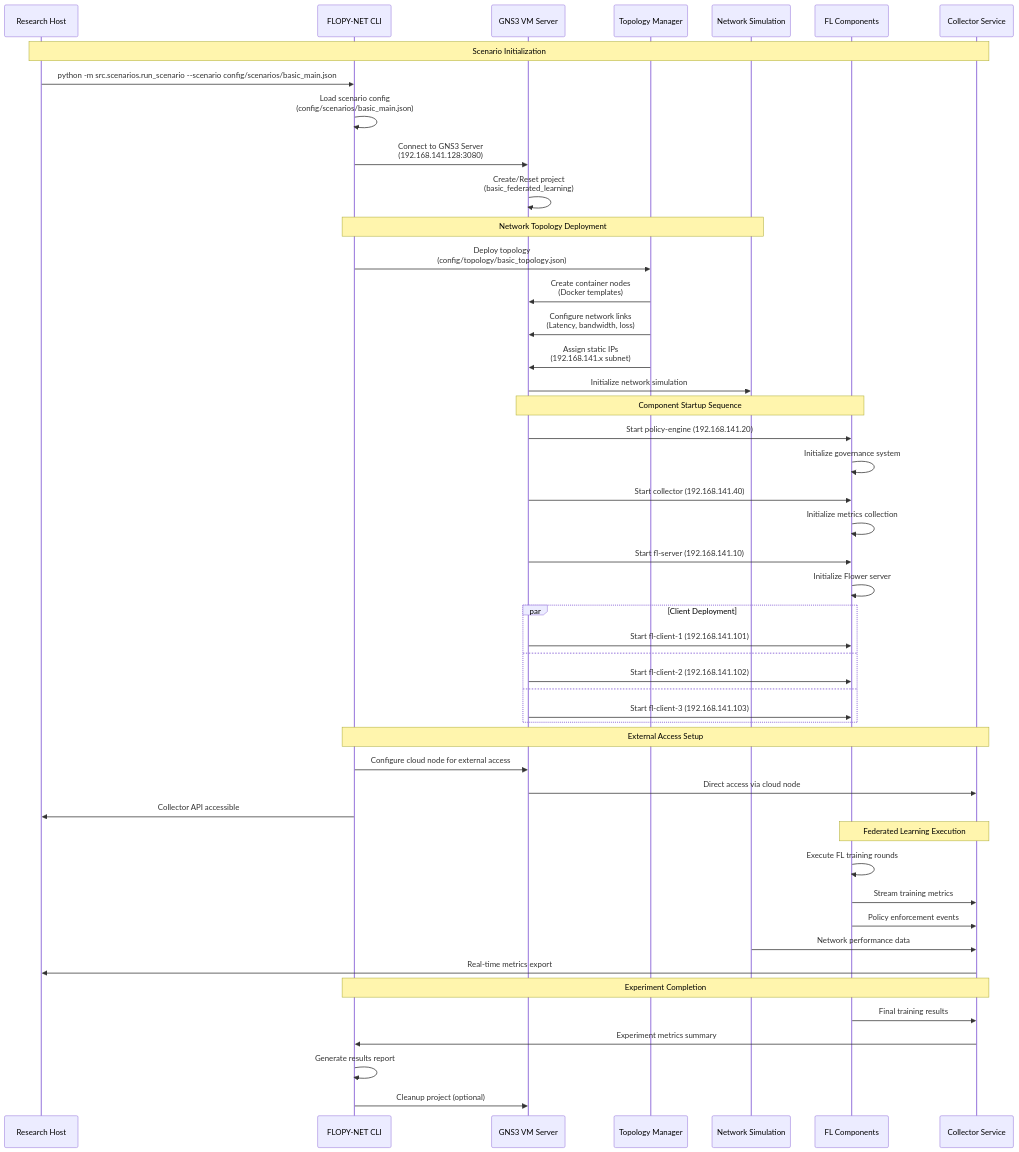
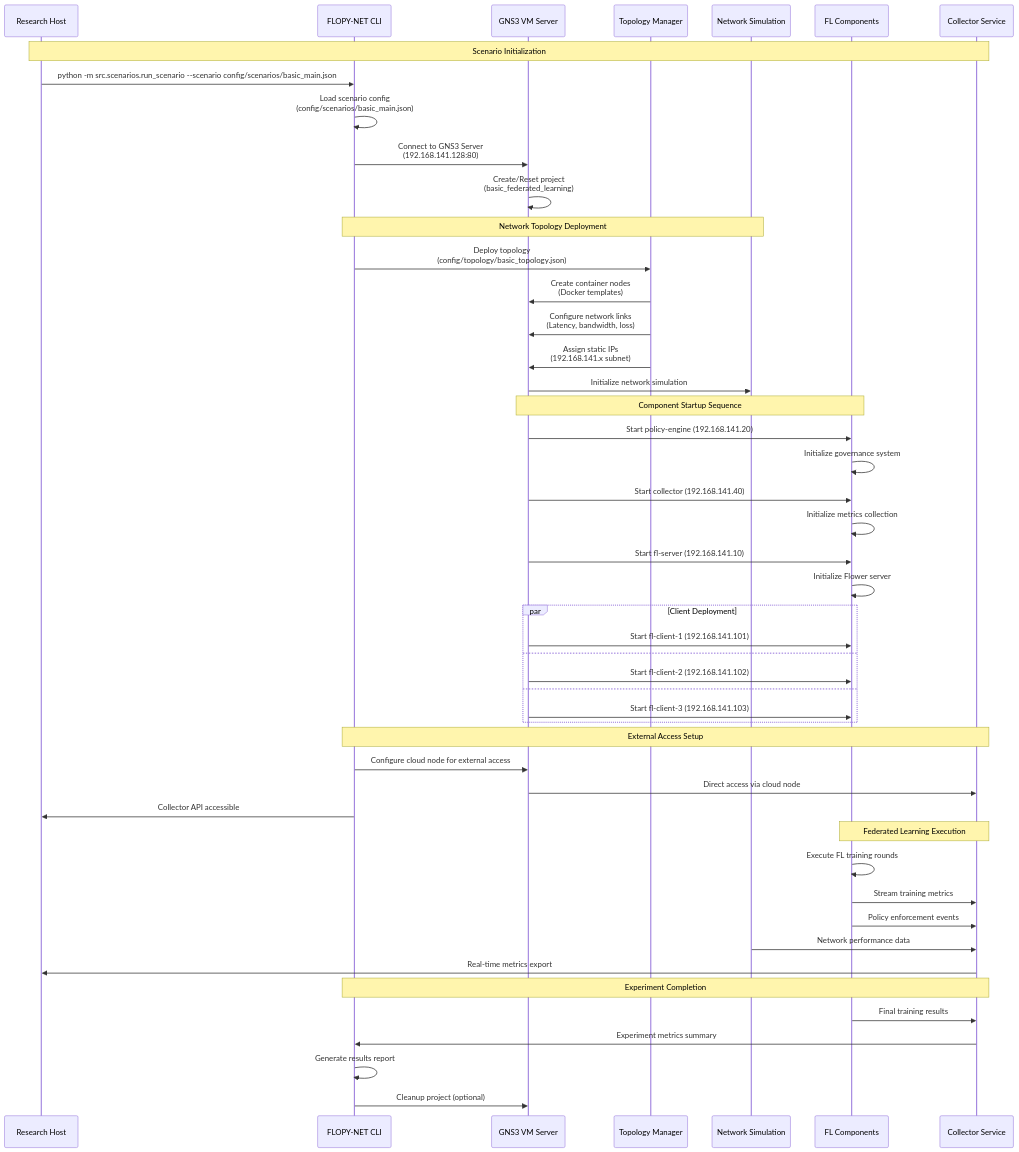
One commit to abdulmeLINK/flopy-net changed the second of 2 diagrams in docs/docs/intro.md. Above: the diagram before and after it, drawn with Mermaid. The commit also changed 73 other files, not shown here.

````diff
--- a/docs/docs/intro.md
+++ b/docs/docs/intro.md
@@ -130,62 +130,62 @@
 ```mermaid
 sequenceDiagram
     participant Host as Research Host
     participant CLI as FLOPY-NET CLI
     participant GNS3 as GNS3 VM Server
     participant TOPO as Topology Manager
     participant NET as Network Simulation
     participant FL as FL Components
     participant COL as Collector Service
     
     Note over Host,COL: Scenario Initialization
     
     Host->>CLI: python -m src.scenarios.run_scenario --scenario config/scenarios/basic_main.json
     CLI->>CLI: Load scenario config<br/>(config/scenarios/basic_main.json)
-    CLI->>GNS3: Connect to GNS3 Server<br/>(192.168.141.128:3080)
+    CLI->>GNS3: Connect to GNS3 Server<br/>(192.168.141.128:80)
     GNS3->>GNS3: Create/Reset project<br/>(basic_federated_learning)
     
     Note over CLI,NET: Network Topology Deployment
     
     CLI->>TOPO: Deploy topology<br/>(config/topology/basic_topology.json)
     TOPO->>GNS3: Create container nodes<br/>(Docker templates)
     TOPO->>GNS3: Configure network links<br/>(Latency, bandwidth, loss)
     TOPO->>GNS3: Assign static IPs<br/>(192.168.141.x subnet)
     GNS3->>NET: Initialize network simulation
     
     Note over GNS3,FL: Component Startup Sequence
     
     GNS3->>FL: Start policy-engine (192.168.141.20)
     FL->>FL: Initialize governance system
     GNS3->>FL: Start collector (192.168.141.40)
     FL->>FL: Initialize metrics collection
     GNS3->>FL: Start fl-server (192.168.141.10)
     FL->>FL: Initialize Flower server
     
     par Client Deployment
         GNS3->>FL: Start fl-client-1 (192.168.141.101)
     and
         GNS3->>FL: Start fl-client-2 (192.168.141.102)
     and
         GNS3->>FL: Start fl-client-3 (192.168.141.103)
     end
       Note over CLI,COL: External Access Setup
     
     CLI->>GNS3: Configure cloud node for external access
     GNS3->>COL: Direct access via cloud node
     CLI->>Host: Collector API accessible
     
     Note over FL,COL: Federated Learning Execution
     
     FL->>FL: Execute FL training rounds
     FL->>COL: Stream training metrics
     FL->>COL: Policy enforcement events
     NET->>COL: Network performance data
     COL->>Host: Real-time metrics export
     
     Note over CLI,COL: Experiment Completion
     
     FL->>COL: Final training results
     COL->>CLI: Experiment metrics summary
     CLI->>CLI: Generate results report
     CLI->>GNS3: Cleanup project (optional)
 ```
````
